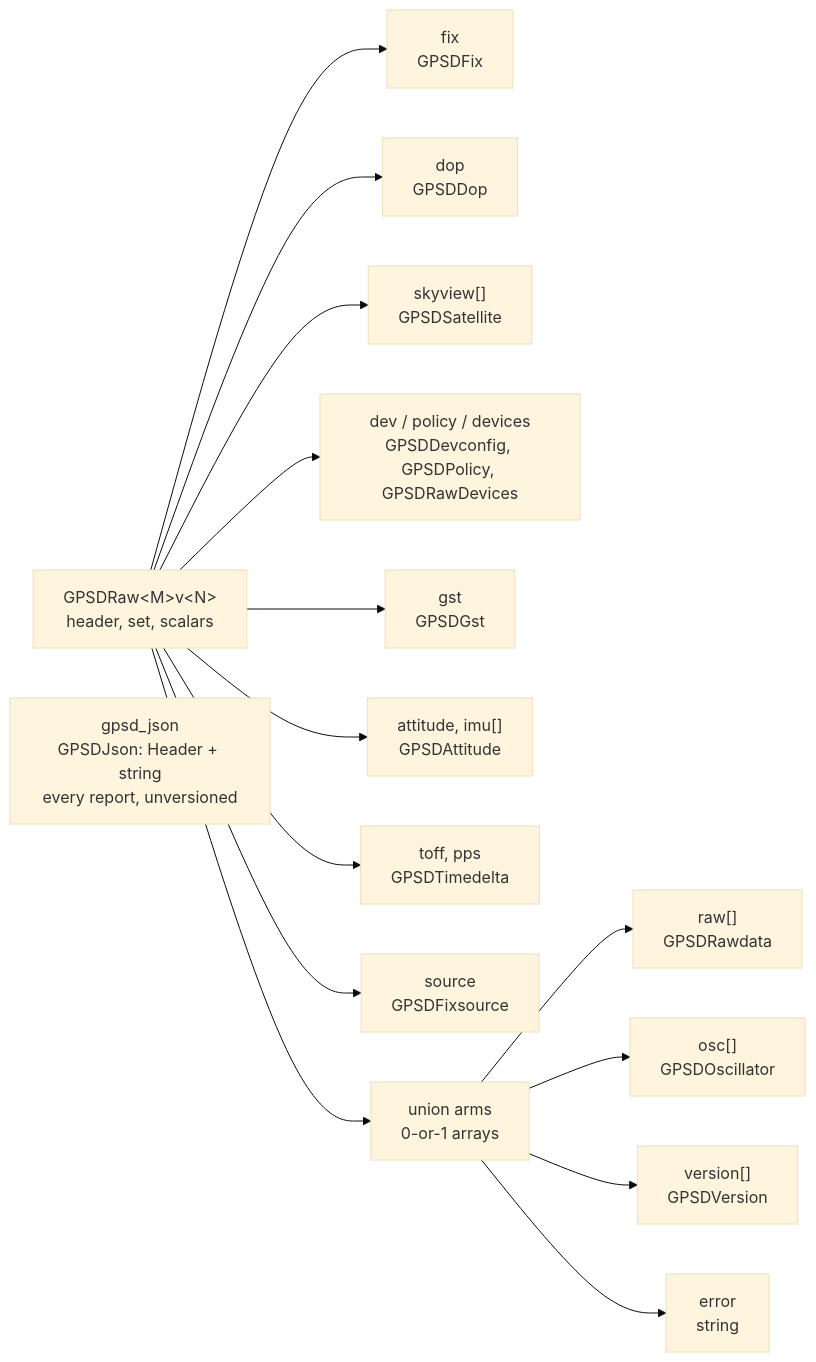
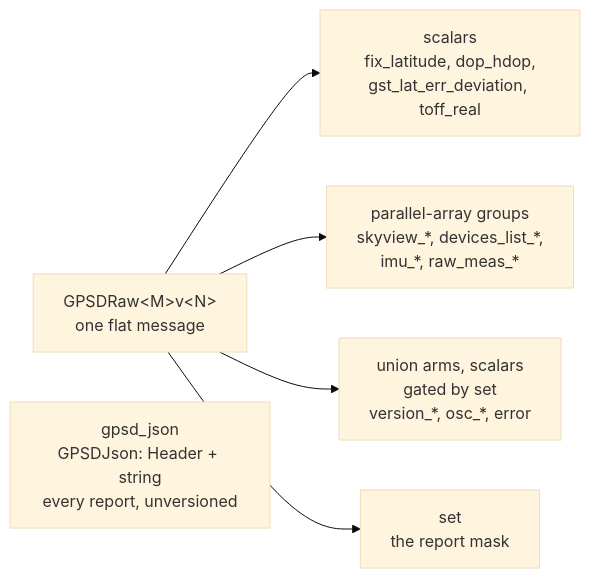
One commit to swri-robotics/gps_umd changed the diagram in docs/gpsd-raw-message-structure.md. Above: the diagram before and after it, drawn with Mermaid (base theme). The commit also changed other lines of this file and 192 other files, not shown here.

````diff
--- a/docs/gpsd-raw-message-structure.md
+++ b/docs/gpsd-raw-message-structure.md
@@ -34,21 +39,11 @@
 ```mermaid
 graph LR
-  RAW["GPSDRaw&lt;M&gt;v&lt;N&gt;<br/>header, set, scalars"]
+  RAW["GPSDRaw&lt;M&gt;v&lt;N&gt;<br/>one flat message"]
 
-  RAW --> FIX["fix<br/>GPSDFix"]
-  RAW --> DOP["dop<br/>GPSDDop"]
-  RAW --> SKY["skyview[]<br/>GPSDSatellite"]
-  RAW --> DEV["dev / policy / devices<br/>GPSDDevconfig, GPSDPolicy, GPSDRawDevices"]
-  RAW --> GST["gst<br/>GPSDGst"]
-  RAW --> ATT["attitude, imu[]<br/>GPSDAttitude"]
-  RAW --> TIME["toff, pps<br/>GPSDTimedelta"]
-  RAW --> SRC["source<br/>GPSDFixsource"]
-
-  RAW --> UNION["union arms<br/>0-or-1 arrays"]
-  UNION --> RAWD["raw[]<br/>GPSDRawdata"]
-  UNION --> OSC["osc[]<br/>GPSDOscillator"]
-  UNION --> VER["version[]<br/>GPSDVersion"]
-  UNION --> ERR["error<br/>string"]
+  RAW --> SCA["scalars<br/>fix_latitude, dop_hdop,<br/>gst_lat_err_deviation, toff_real"]
+  RAW --> GRP["parallel-array groups<br/>skyview_*, devices_list_*,<br/>imu_*, raw_meas_*"]
+  RAW --> UNI["union arms, scalars<br/>gated by set<br/>version_*, osc_*, error"]
+  RAW --> MASK["set<br/>the report mask"]
 
   JSON["gpsd_json<br/>GPSDJson: Header + string<br/>every report, unversioned"]
 ```
````
